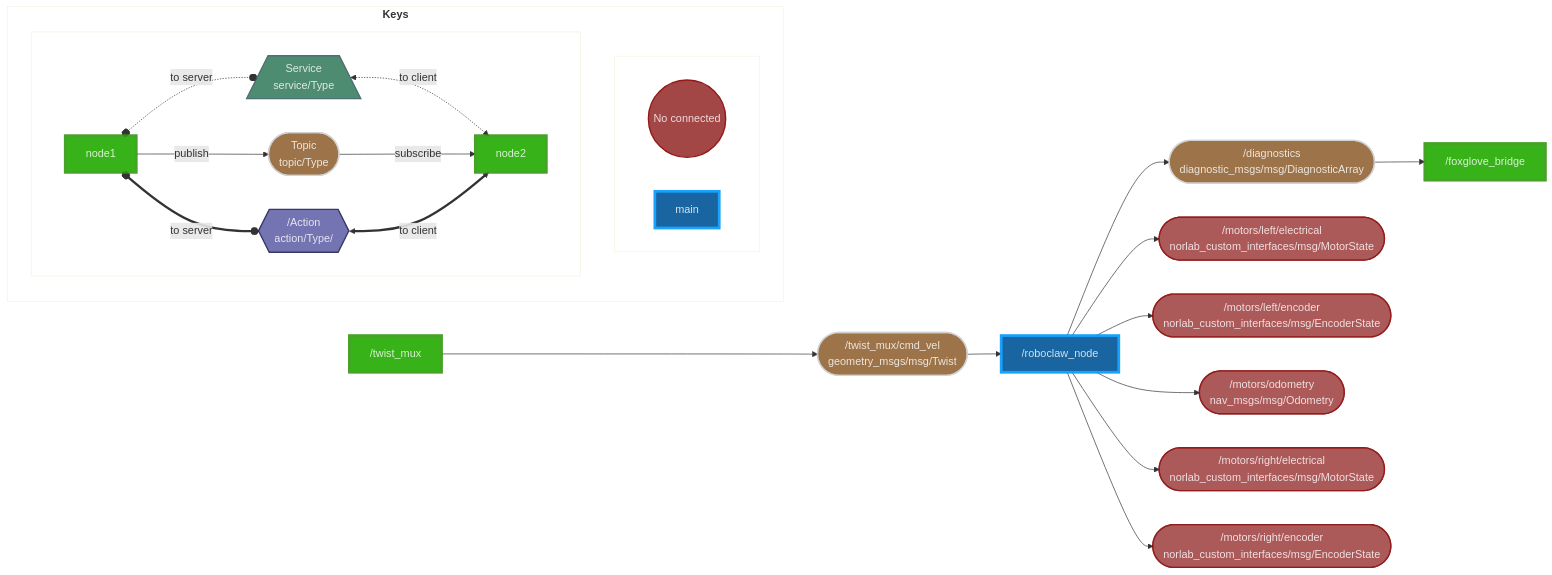
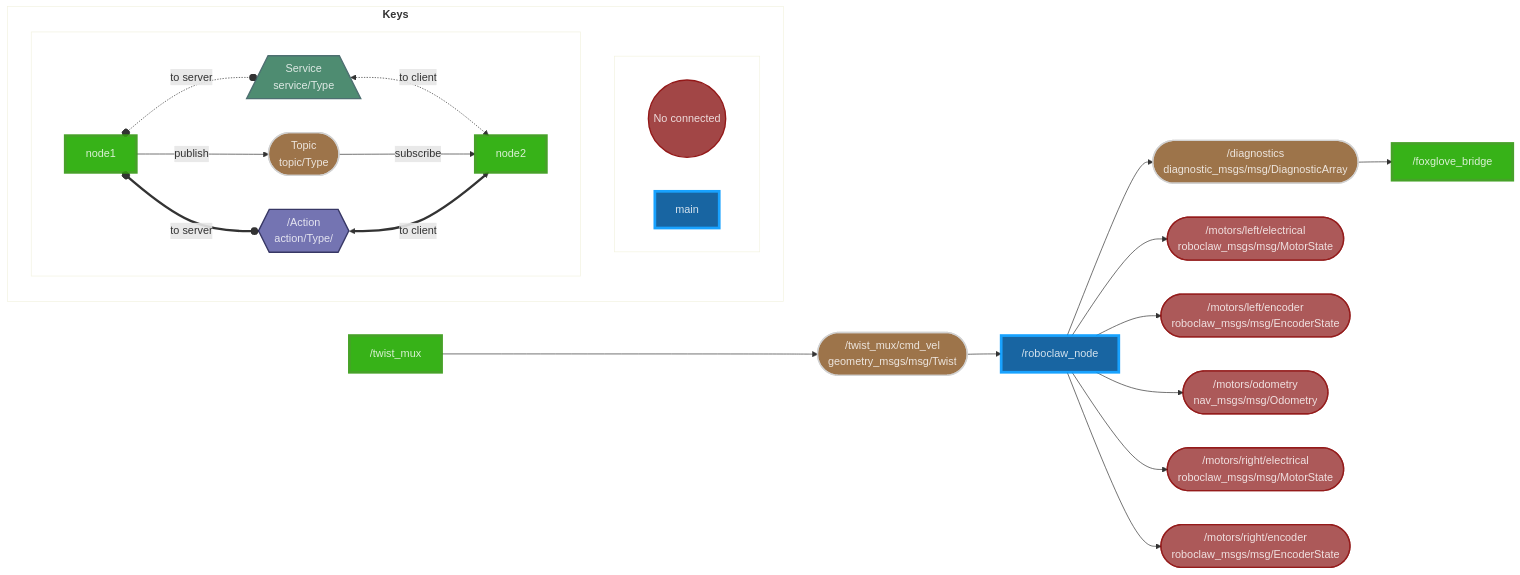
Before and after one commit to norlab-ulaval/roboclaw_ros: the diagram in README.md, drawn with Mermaid. The commit also changed other lines of this file and 3 other files, not shown here.

Commit message:
renamed norlab_custom_interfaces to roboclaw_msgs

````diff
--- a/README.md
+++ b/README.md
@@ -105,55 +105,55 @@
 ```mermaid
 flowchart LR
 
 /roboclaw_node[ /roboclaw_node ]:::main
 /twist_mux[ /twist_mux ]:::node
 /foxglove_bridge[ /foxglove_bridge ]:::node
 /twist_mux/cmd_vel([ /twist_mux/cmd_vel<br>geometry_msgs/msg/Twist ]):::topic
 /diagnostics([ /diagnostics<br>diagnostic_msgs/msg/DiagnosticArray ]):::topic
-/motors/left/electrical([ /motors/left/electrical<br>norlab_custom_interfaces/msg/MotorState ]):::bugged
-/motors/left/encoder([ /motors/left/encoder<br>norlab_custom_interfaces/msg/EncoderState ]):::bugged
+/motors/left/electrical([ /motors/left/electrical<br>roboclaw_msgs/msg/MotorState ]):::bugged
+/motors/left/encoder([ /motors/left/encoder<br>roboclaw_msgs/msg/EncoderState ]):::bugged
 /motors/odometry([ /motors/odometry<br>nav_msgs/msg/Odometry ]):::bugged
-/motors/right/electrical([ /motors/right/electrical<br>norlab_custom_interfaces/msg/MotorState ]):::bugged
-/motors/right/encoder([ /motors/right/encoder<br>norlab_custom_interfaces/msg/EncoderState ]):::bugged
+/motors/right/electrical([ /motors/right/electrical<br>roboclaw_msgs/msg/MotorState ]):::bugged
+/motors/right/encoder([ /motors/right/encoder<br>roboclaw_msgs/msg/EncoderState ]):::bugged
 
 
 /twist_mux/cmd_vel --> /roboclaw_node
 /diagnostics --> /foxglove_bridge
 /roboclaw_node --> /diagnostics
 /roboclaw_node --> /motors/left/electrical
 /roboclaw_node --> /motors/left/encoder
 /roboclaw_node --> /motors/odometry
 /roboclaw_node --> /motors/right/electrical
 /roboclaw_node --> /motors/right/encoder
 /twist_mux --> /twist_mux/cmd_vel
 
 
 
 
 subgraph keys[<b>Keys<b/>]
 subgraph nodes[<b><b/>]
 topicb((No connected)):::bugged
 main_node[main]:::main
 end
 subgraph connection[<b><b/>]
 node1[node1]:::node
 node2[node2]:::node
 node1 o-.-o|to server| service[/Service<br>service/Type\]:::service
 service <-.->|to client| node2
 node1 -->|publish| topic([Topic<br>topic/Type]):::topic
 topic -->|subscribe| node2
 node1 o==o|to server| action{{/Action<br>action/Type/}}:::action
 action <==>|to client| node2
 end
 end
 classDef node opacity:0.9,fill:#2A0,stroke:#391,stroke-width:4px,color:#fff
 classDef action opacity:0.9,fill:#66A,stroke:#225,stroke-width:2px,color:#fff
 classDef service opacity:0.9,fill:#3B8062,stroke:#3B6062,stroke-width:2px,color:#fff
 classDef topic opacity:0.9,fill:#852,stroke:#CCC,stroke-width:2px,color:#fff
 classDef main opacity:0.9,fill:#059,stroke:#09F,stroke-width:4px,color:#fff
 classDef bugged opacity:0.9,fill:#933,stroke:#800,stroke-width:2px,color:#fff
 style keys opacity:0.15,fill:#FFF
 style nodes opacity:0.15,fill:#FFF
 style connection opacity:0.15,fill:#FFF
 
 ```
````
